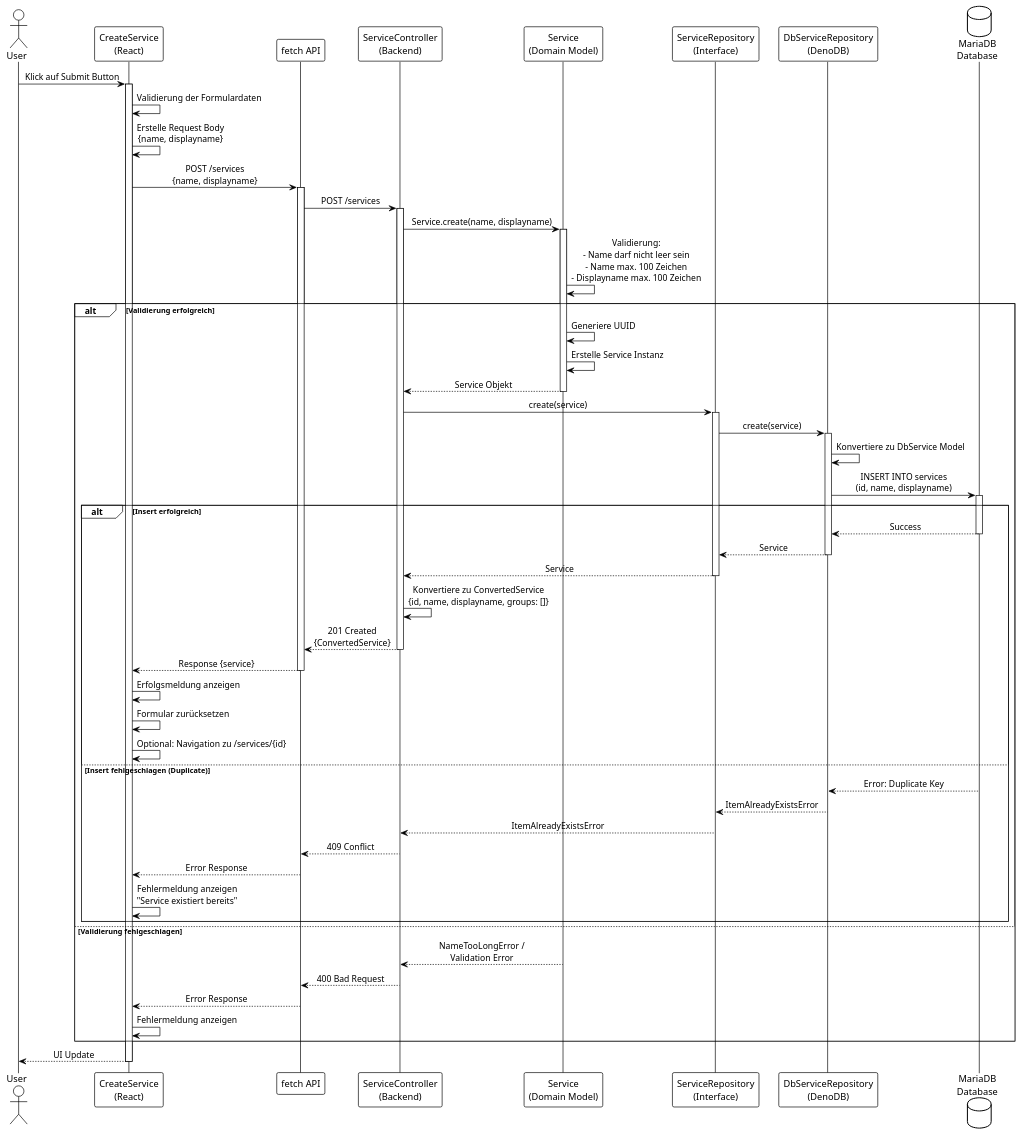
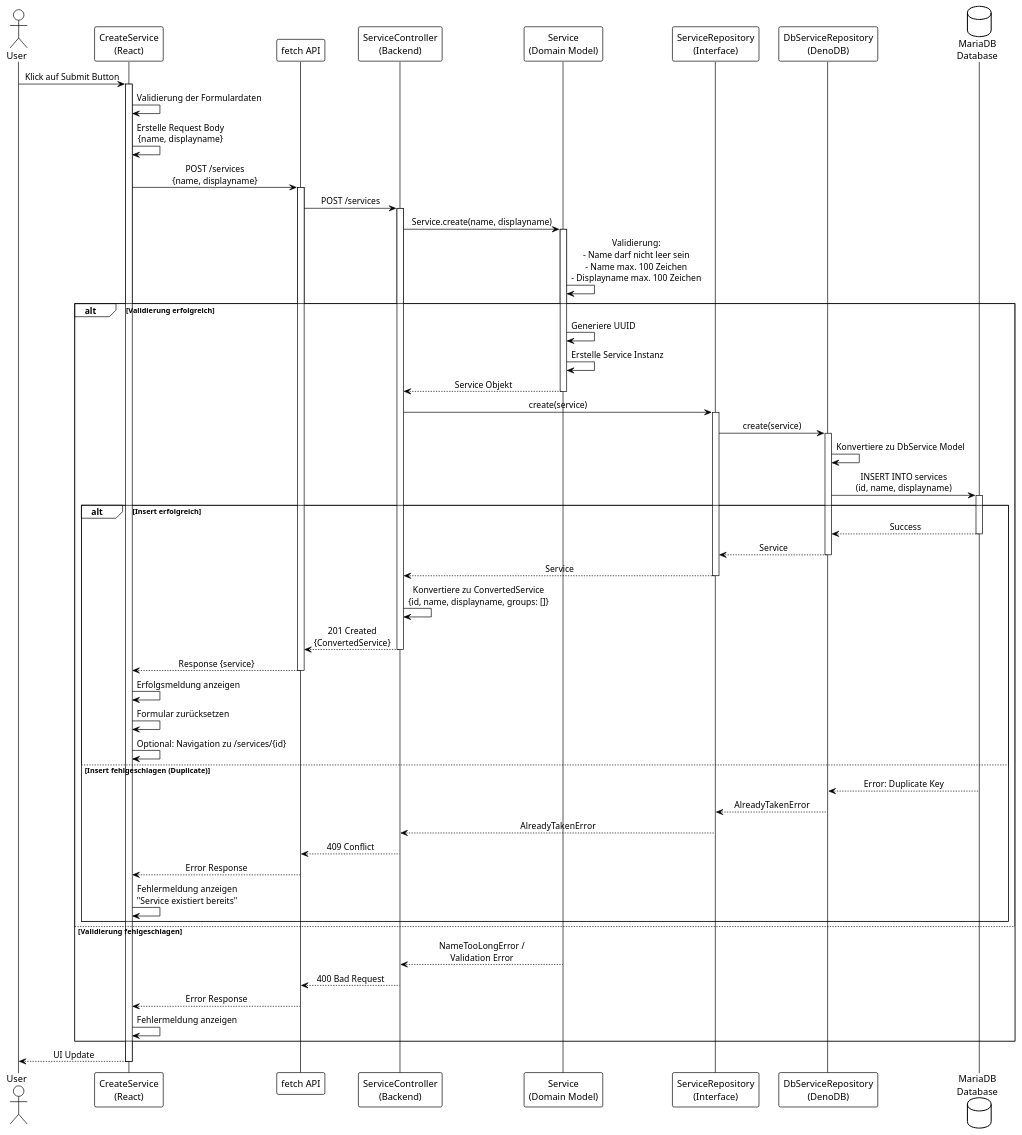
One commit to sesogr/auth-share changed the diagram in doc/CreateService onSubmit Flow.puml. Above: the diagram before and after it, drawn with PlantUML. The commit also changed 57 other files, not shown here.

```diff
--- a/doc/CreateService onSubmit Flow.puml
+++ b/doc/CreateService onSubmit Flow.puml
@@ -1,89 +1,89 @@
 @startuml CreateService onSubmit Flow
 !theme plain
 skinparam backgroundColor #FFFFFF
 skinparam sequenceMessageAlign center
 
 actor User
 participant "CreateService\n(React)" as CreateService
 participant "fetch API" as Fetch
 participant "ServiceController\n(Backend)" as ServiceController
 participant "Service\n(Domain Model)" as Service
 participant "ServiceRepository\n(Interface)" as ServiceRepo
 participant "DbServiceRepository\n(DenoDB)" as DbServiceRepo
 database "MariaDB\nDatabase" as DB
 
 User -> CreateService: Klick auf Submit Button
 activate CreateService
 
 CreateService -> CreateService: Validierung der Formulardaten
 CreateService -> CreateService: Erstelle Request Body\n{name, displayname}
 
 CreateService -> Fetch: POST /services\n{name, displayname}
 activate Fetch
 
 Fetch -> ServiceController: POST /services
 activate ServiceController
 
 ServiceController -> Service: Service.create(name, displayname)
 activate Service
 
 Service -> Service: Validierung:\n- Name darf nicht leer sein\n- Name max. 100 Zeichen\n- Displayname max. 100 Zeichen
 
 alt Validierung erfolgreich
     Service -> Service: Generiere UUID
     Service -> Service: Erstelle Service Instanz
     Service --> ServiceController: Service Objekt
     deactivate Service
     
     ServiceController -> ServiceRepo: create(service)
     activate ServiceRepo
     
     ServiceRepo -> DbServiceRepo: create(service)
     activate DbServiceRepo
     
     DbServiceRepo -> DbServiceRepo: Konvertiere zu DbService Model
     DbServiceRepo -> DB: INSERT INTO services\n(id, name, displayname)
     activate DB
     
     alt Insert erfolgreich
         DB --> DbServiceRepo: Success
         deactivate DB
         DbServiceRepo --> ServiceRepo: Service
         deactivate DbServiceRepo
         ServiceRepo --> ServiceController: Service
         deactivate ServiceRepo
         
         ServiceController -> ServiceController: Konvertiere zu ConvertedService\n{id, name, displayname, groups: []}
         ServiceController --> Fetch: 201 Created\n{ConvertedService}
         deactivate ServiceController
         
         Fetch --> CreateService: Response {service}
         deactivate Fetch
         
         CreateService -> CreateService: Erfolgsmeldung anzeigen
         CreateService -> CreateService: Formular zurücksetzen
         CreateService -> CreateService: Optional: Navigation zu /services/{id}
         
     else Insert fehlgeschlagen (Duplicate)
         DB --> DbServiceRepo: Error: Duplicate Key
-        DbServiceRepo --> ServiceRepo: ItemAlreadyExistsError
-        ServiceRepo --> ServiceController: ItemAlreadyExistsError
+        DbServiceRepo --> ServiceRepo: AlreadyTakenError
+        ServiceRepo --> ServiceController: AlreadyTakenError
         ServiceController --> Fetch: 409 Conflict
         Fetch --> CreateService: Error Response
         CreateService -> CreateService: Fehlermeldung anzeigen\n"Service existiert bereits"
     end
     
 else Validierung fehlgeschlagen
     Service --> ServiceController: NameTooLongError /\nValidation Error
     deactivate Service
     ServiceController --> Fetch: 400 Bad Request
     deactivate ServiceController
     Fetch --> CreateService: Error Response
     deactivate Fetch
     CreateService -> CreateService: Fehlermeldung anzeigen
 end
 
 CreateService --> User: UI Update
 deactivate CreateService
 
 @enduml
```
